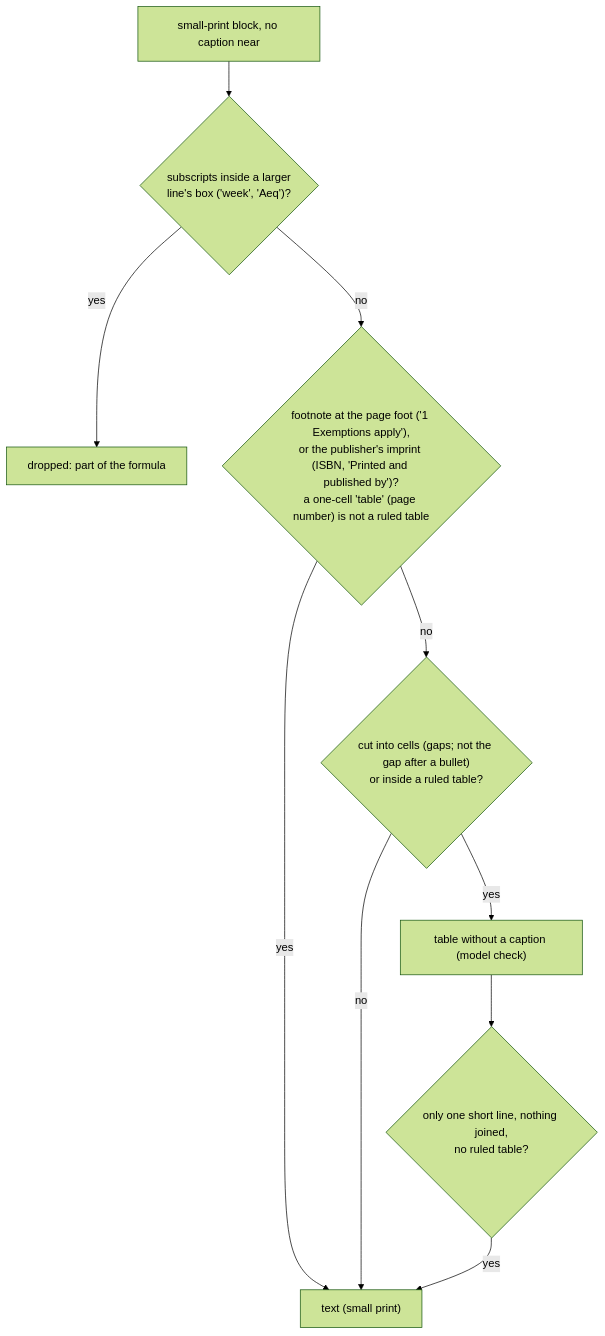
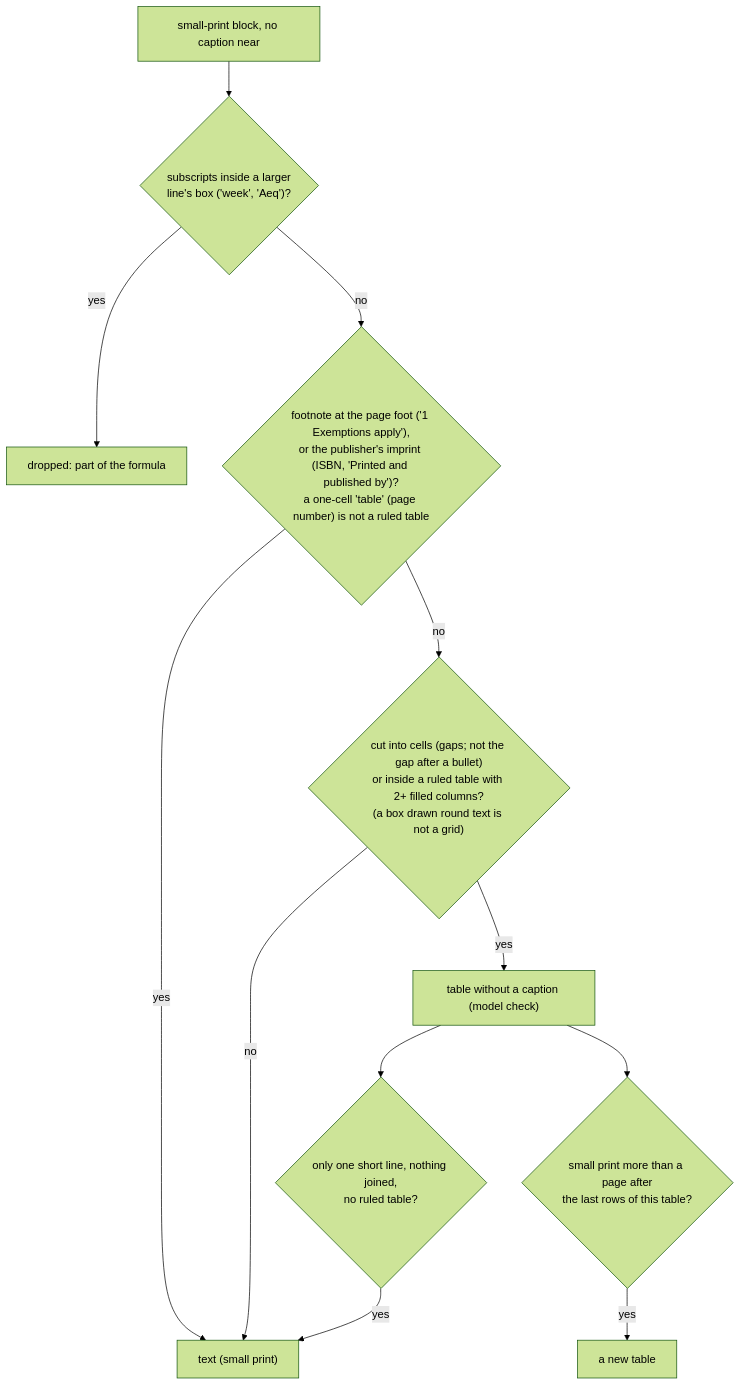
Before and after one commit to florinmarcus/builders_lab: the sixth of 16 diagrams in architecture/design/regulations-corpus.md, drawn with Mermaid (forest theme). The commit also changed other lines of this file and 13 other files, not shown here.

````diff
--- a/architecture/design/regulations-corpus.md
+++ b/architecture/design/regulations-corpus.md
@@ -113,12 +113,14 @@
 ```mermaid
 flowchart TD
     blk["small-print block, no caption near"] --> sub{"subscripts inside a larger<br/>line's box ('week', 'Aeq')?"}
     sub -->|yes| drop["dropped: part of the formula"]
     sub -->|no| foot{"footnote at the page foot ('1 Exemptions apply'),<br/>or the publisher's imprint (ISBN, 'Printed and published by')?<br/>a one-cell 'table' (page number) is not a ruled table"}
     foot -->|yes| text["text (small print)"]
-    foot -->|no| tab{"cut into cells (gaps; not the gap after a bullet)<br/>or inside a ruled table?"}
+    foot -->|no| tab{"cut into cells (gaps; not the gap after a bullet)<br/>or inside a ruled table with 2+ filled columns?<br/>(a box drawn round text is not a grid)"}
     tab -->|no| text
     tab -->|yes| t["table without a caption (model check)"]
     t --> lone{"only one short line, nothing joined,<br/>no ruled table?"}
     lone -->|yes| text
+    t --> far{"small print more than a page after<br/>the last rows of this table?"}
+    far -->|yes| t2["a new table"]
 ```
````
